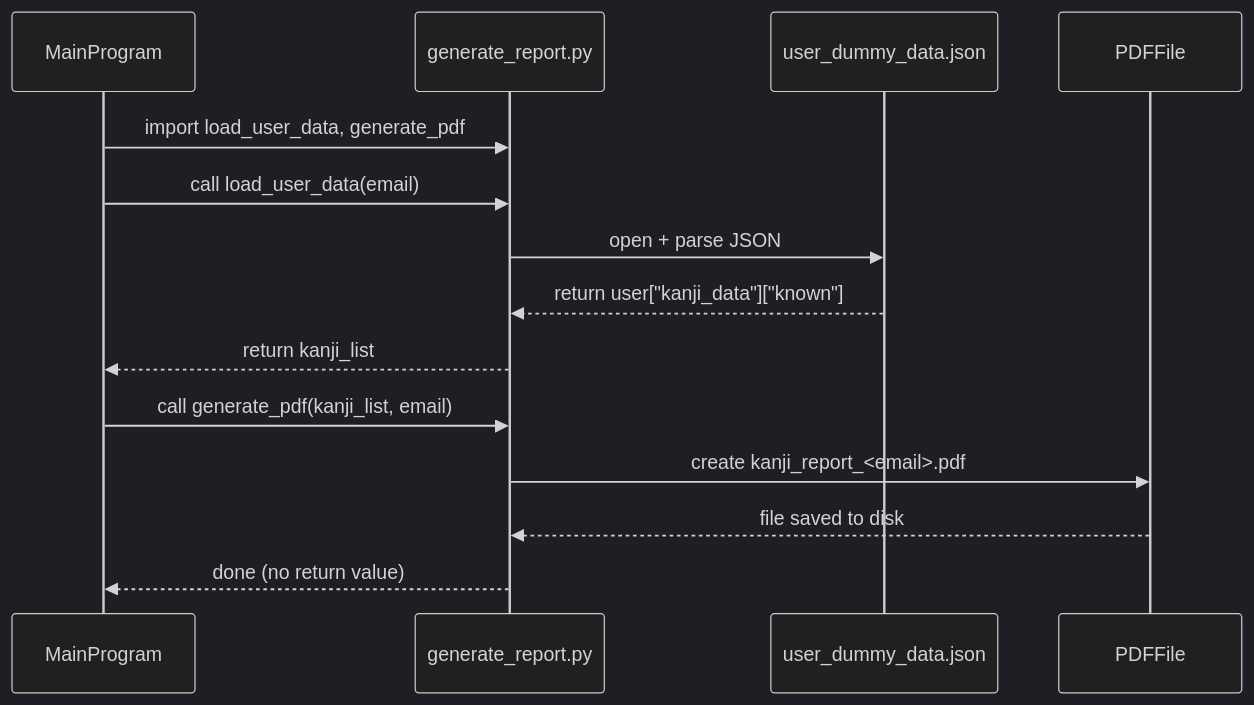
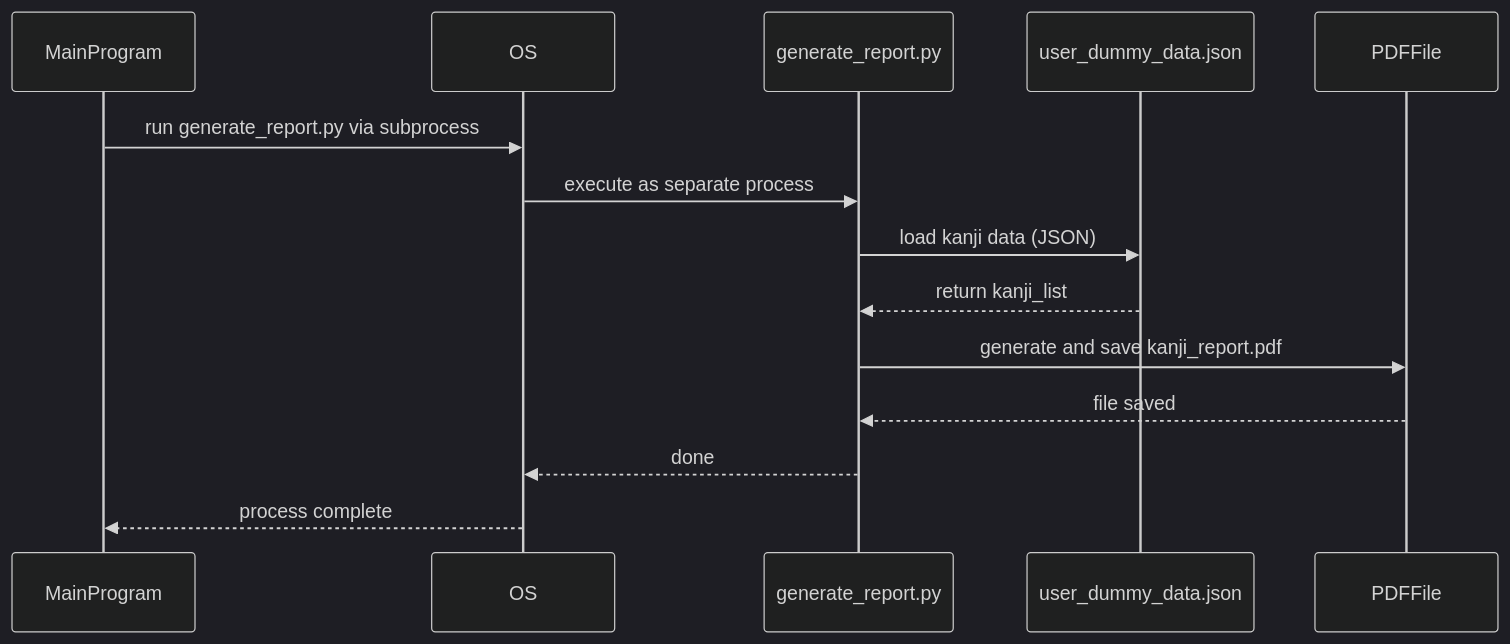
Before and after one commit to Ablakes/kanji_report_generator: the diagram in README.md, drawn with Mermaid (dark theme).

Commit message:
Change UML diagram

````diff
--- a/README.md
+++ b/README.md
@@ -75,18 +75,17 @@
 ```mermaid
 sequenceDiagram
     participant MainProgram
+    participant OS
     participant generate_report.py
     participant user_dummy_data.json
     participant PDFFile
 
-    MainProgram->>generate_report.py: import load_user_data, generate_pdf
-    MainProgram->>generate_report.py: call load_user_data(email)
-    generate_report.py->>user_dummy_data.json: open + parse JSON
-    user_dummy_data.json-->>generate_report.py: return user["kanji_data"]["known"]
-    generate_report.py-->>MainProgram: return kanji_list
-
-    MainProgram->>generate_report.py: call generate_pdf(kanji_list, email)
-    generate_report.py->>PDFFile: create kanji_report_<email>.pdf
-    PDFFile-->>generate_report.py: file saved to disk
-    generate_report.py-->>MainProgram: done (no return value)
+    MainProgram->>OS: run generate_report.py via subprocess
+    OS->>generate_report.py: execute as separate process
+    generate_report.py->>user_dummy_data.json: load kanji data (JSON)
+    user_dummy_data.json-->>generate_report.py: return kanji_list
+    generate_report.py->>PDFFile: generate and save kanji_report.pdf
+    PDFFile-->>generate_report.py: file saved
+    generate_report.py-->>OS: done
+    OS-->>MainProgram: process complete
 ```
````
